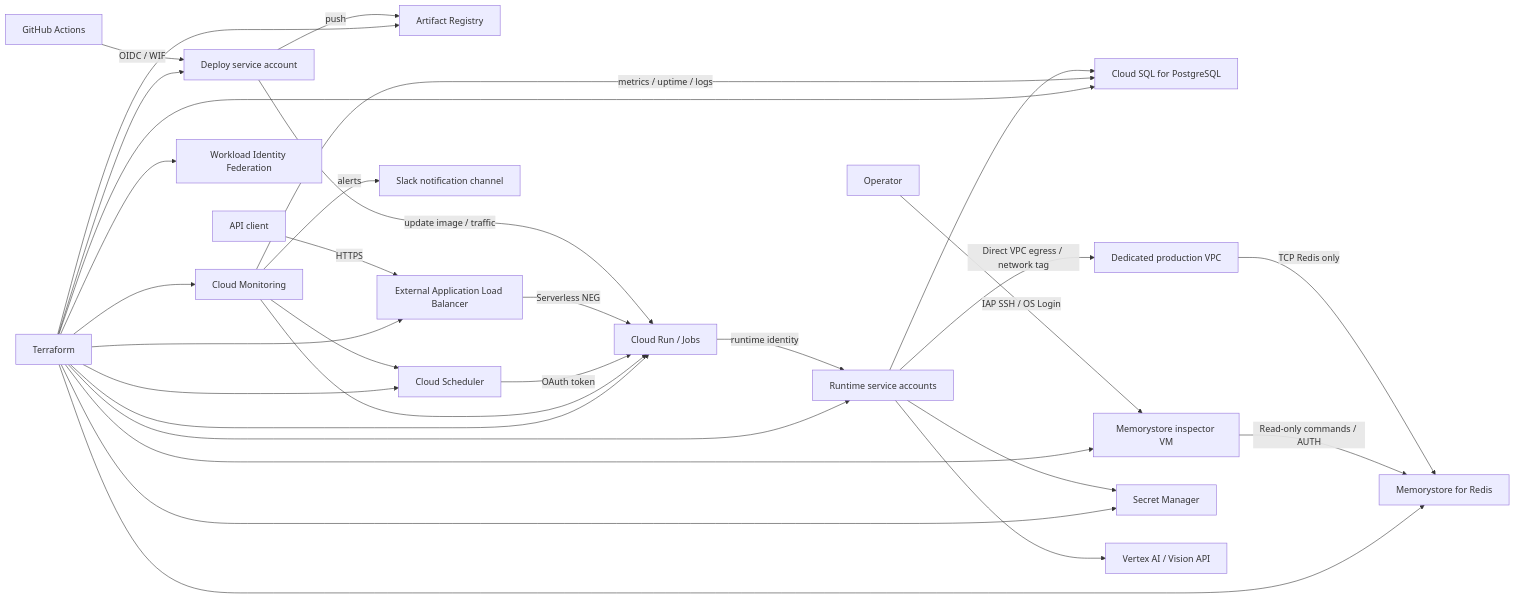
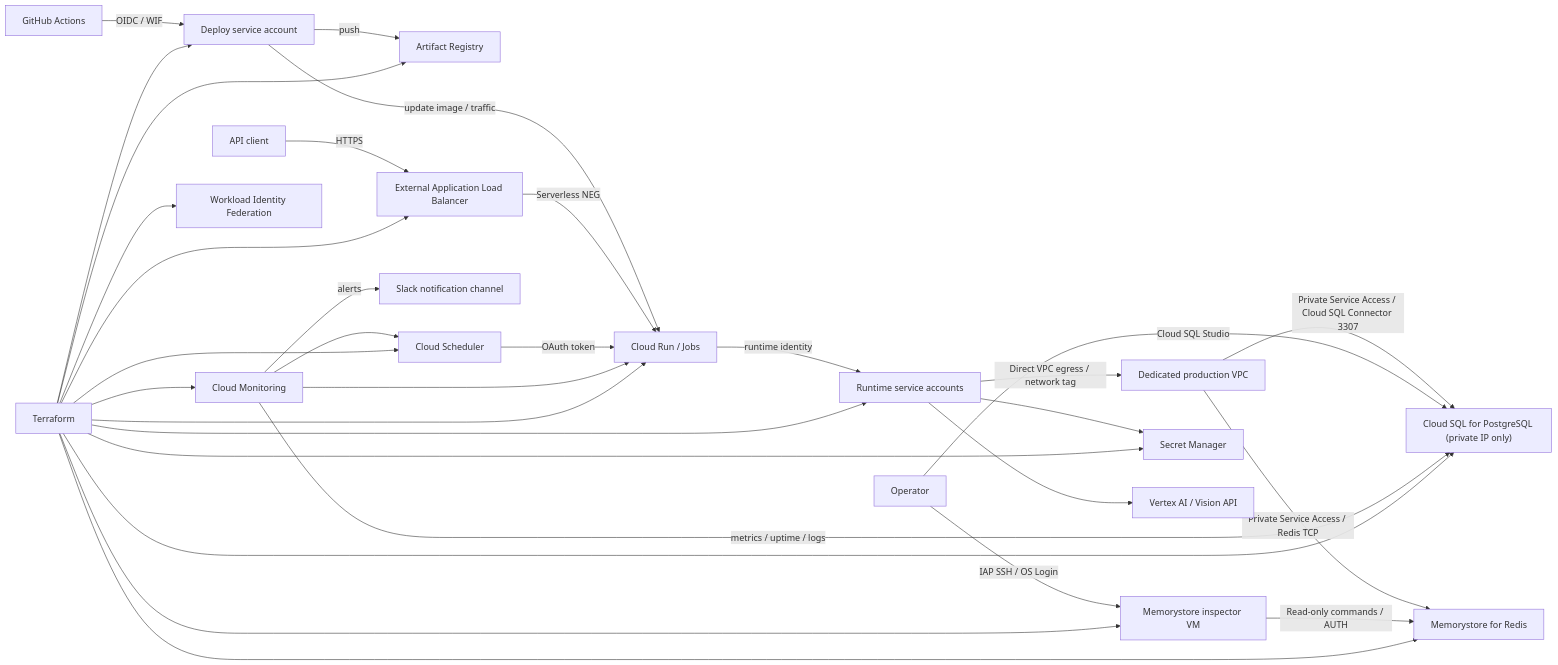
One commit to UCHIDAnobuhiro/stock-infra changed the diagram in README.md. Above: the diagram before and after it, drawn with Mermaid. The commit also changed other lines of this file and 3 other files, not shown here.

````diff
--- a/README.md
+++ b/README.md
@@ -18,33 +18,34 @@
 ```mermaid
 flowchart LR
     GH["GitHub Actions"] -->|"OIDC / WIF"| DEPLOYER["Deploy service account"]
     DEPLOYER -->|"push"| AR["Artifact Registry"]
     DEPLOYER -->|"update image / traffic"| RUN["Cloud Run / Jobs"]
     CLIENT["API client"] -->|"HTTPS"| LB["External Application Load Balancer"]
     LB -->|"Serverless NEG"| RUN
     RUN -->|"runtime identity"| RUNTIME["Runtime service accounts"]
-    RUNTIME --> SQL["Cloud SQL for PostgreSQL"]
     RUNTIME -->|"Direct VPC egress / network tag"| VPC["Dedicated production VPC"]
-    VPC -->|"TCP Redis only"| REDIS["Memorystore for Redis"]
+    VPC -->|"Private Service Access / Cloud SQL Connector 3307"| SQL["Cloud SQL for PostgreSQL (private IP only)"]
+    VPC -->|"Private Service Access / Redis TCP"| REDIS["Memorystore for Redis"]
+    OPERATOR -->|"Cloud SQL Studio"| SQL
     OPERATOR["Operator"] -->|"IAP SSH / OS Login"| INSPECTOR["Memorystore inspector VM"]
     INSPECTOR -->|"Read-only commands / AUTH"| REDIS
     RUNTIME --> SECRETS["Secret Manager"]
     RUNTIME --> AI["Vertex AI / Vision API"]
     SCHED["Cloud Scheduler"] -->|"OAuth token"| RUN
     MON["Cloud Monitoring"] -->|"metrics / uptime / logs"| SQL
     MON --> RUN
     MON --> SCHED
     MON -->|"alerts"| SLACK["Slack notification channel"]
     TF["Terraform"] --> SQL
     TF --> REDIS
     TF --> AR
     TF --> SECRETS
     TF --> RUNTIME
     TF --> DEPLOYER
     TF --> WIF["Workload Identity Federation"]
     TF --> RUN
     TF --> LB
     TF --> SCHED
     TF --> MON
     TF --> INSPECTOR
 ```
````
